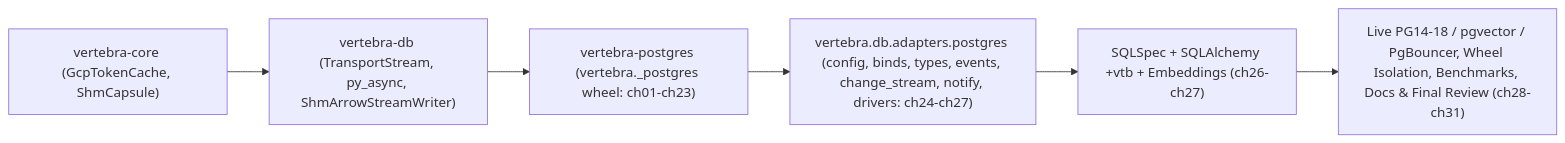
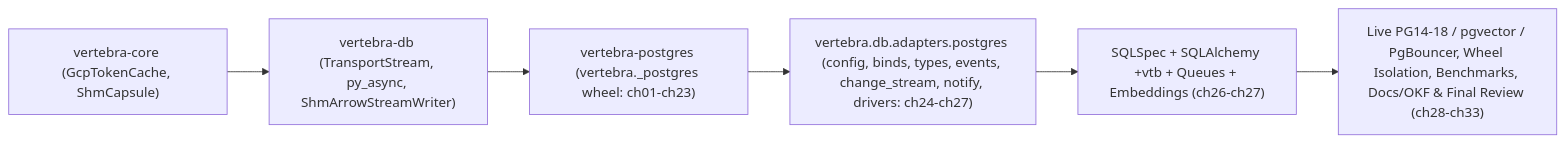
Before and after one commit to cofin/vertebra: the diagram in .agents/bundles/specs/native-postgres-driver/spec.md, drawn with Mermaid. The commit also changed other lines of this file and 74 other files, not shown here.

````diff
--- a/.agents/bundles/specs/native-postgres-driver/spec.md
+++ b/.agents/bundles/specs/native-postgres-driver/spec.md
@@ -202,8 +204,8 @@
 ```mermaid
 flowchart LR
     Core["vertebra-core (GcpTokenCache, ShmCapsule)"] --> Db["vertebra-db (TransportStream, py_async, ShmArrowStreamWriter)"]
     Db --> PgRs["vertebra-postgres (vertebra._postgres wheel: ch01-ch23)"]
     PgRs --> PyAdapters["vertebra.db.adapters.postgres (config, binds, types, events, change_stream, notify, drivers: ch24-ch27)"]
-    PyAdapters --> Consumers["SQLSpec + SQLAlchemy +vtb + Embeddings (ch26-ch27)"]
-    Consumers --> Gates["Live PG14-18 / pgvector / PgBouncer, Wheel Isolation, Benchmarks, Docs & Final Review (ch28-ch31)"]
+    PyAdapters --> Consumers["SQLSpec + SQLAlchemy +vtb + Queues + Embeddings (ch26-ch27)"]
+    Consumers --> Gates["Live PG14-18 / pgvector / PgBouncer, Wheel Isolation, Benchmarks, Docs/OKF & Final Review (ch28-ch33)"]
 ```
````
